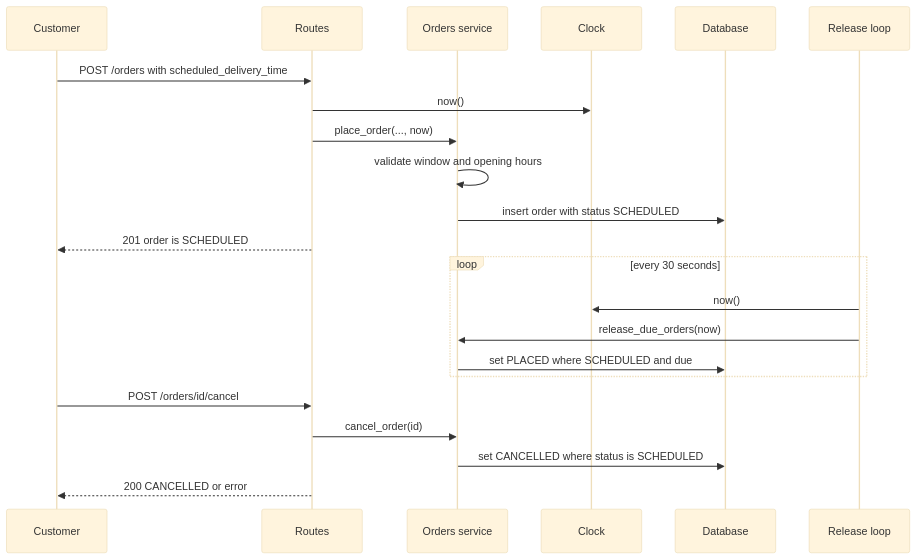
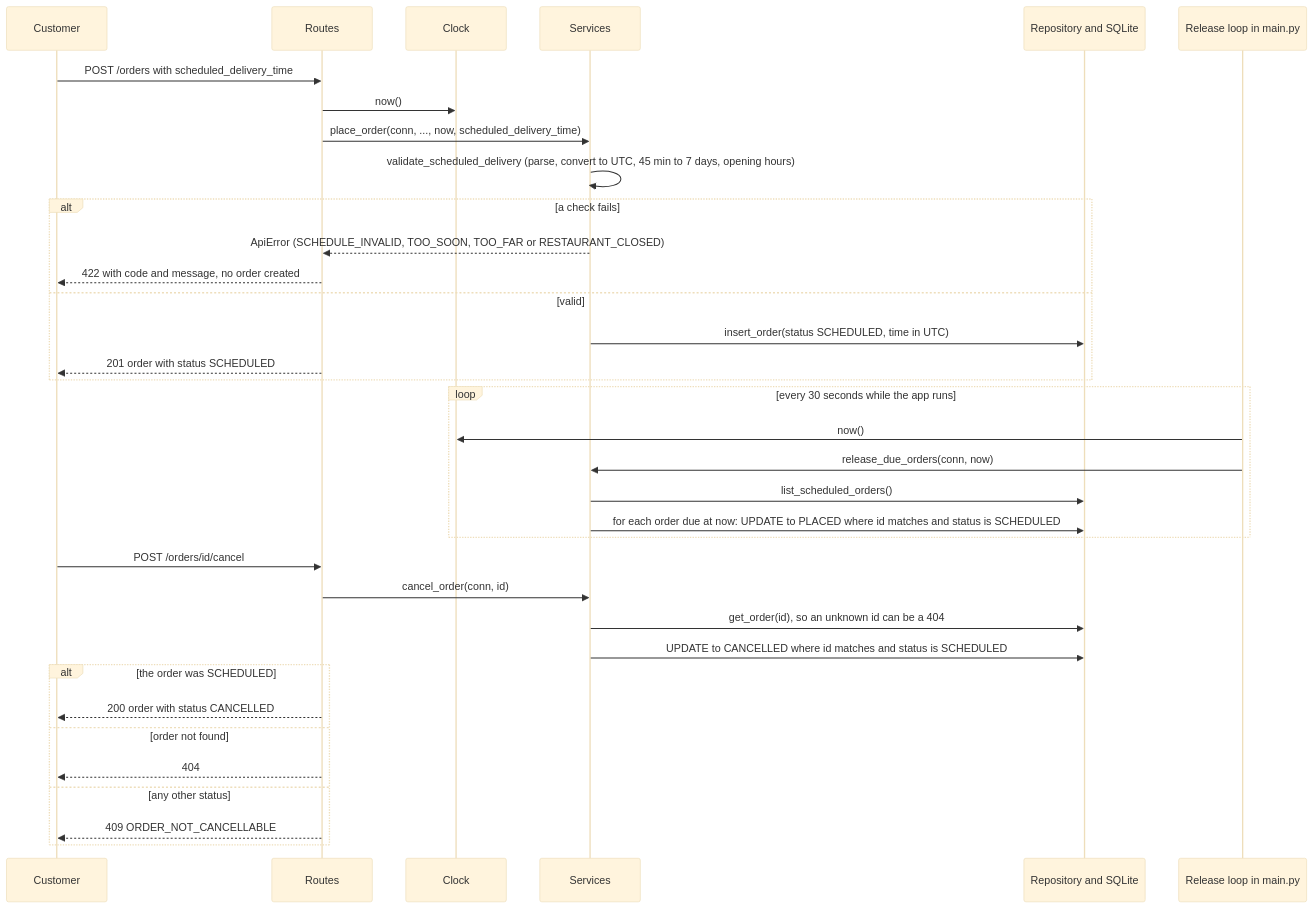
Before and after one commit to KalokYY/minidash: the diagram in docs/design.md, drawn with Mermaid (base theme). The commit also changed other lines of this file and 5 other files, not shown here.

````diff
--- a/docs/design.md
+++ b/docs/design.md
@@ -43,27 +48,40 @@
 ```mermaid
 sequenceDiagram
     participant C as Customer
     participant R as Routes
-    participant S as Orders service
     participant K as Clock
-    participant D as Database
-    participant L as Release loop
+    participant S as Services
+    participant D as Repository and SQLite
+    participant L as Release loop in main.py
 
     C->>R: POST /orders with scheduled_delivery_time
     R->>K: now()
-    R->>S: place_order(..., now)
-    S->>S: validate window and opening hours
-    S->>D: insert order with status SCHEDULED
-    R-->>C: 201 order is SCHEDULED
+    R->>S: place_order(conn, ..., now, scheduled_delivery_time)
+    S->>S: validate_scheduled_delivery (parse, convert to UTC, 45 min to 7 days, opening hours)
+    alt a check fails
+        S-->>R: ApiError (SCHEDULE_INVALID, TOO_SOON, TOO_FAR or RESTAURANT_CLOSED)
+        R-->>C: 422 with code and message, no order created
+    else valid
+        S->>D: insert_order(status SCHEDULED, time in UTC)
+        R-->>C: 201 order with status SCHEDULED
+    end
 
-    loop every 30 seconds
+    loop every 30 seconds while the app runs
         L->>K: now()
-        L->>S: release_due_orders(now)
-        S->>D: set PLACED where SCHEDULED and due
+        L->>S: release_due_orders(conn, now)
+        S->>D: list_scheduled_orders()
+        S->>D: for each order due at now: UPDATE to PLACED where id matches and status is SCHEDULED
     end
 
     C->>R: POST /orders/id/cancel
-    R->>S: cancel_order(id)
-    S->>D: set CANCELLED where status is SCHEDULED
-    R-->>C: 200 CANCELLED or error
+    R->>S: cancel_order(conn, id)
+    S->>D: get_order(id), so an unknown id can be a 404
+    S->>D: UPDATE to CANCELLED where id matches and status is SCHEDULED
+    alt the order was SCHEDULED
+        R-->>C: 200 order with status CANCELLED
+    else order not found
+        R-->>C: 404
+    else any other status
+        R-->>C: 409 ORDER_NOT_CANCELLABLE
+    end
 ```
````
